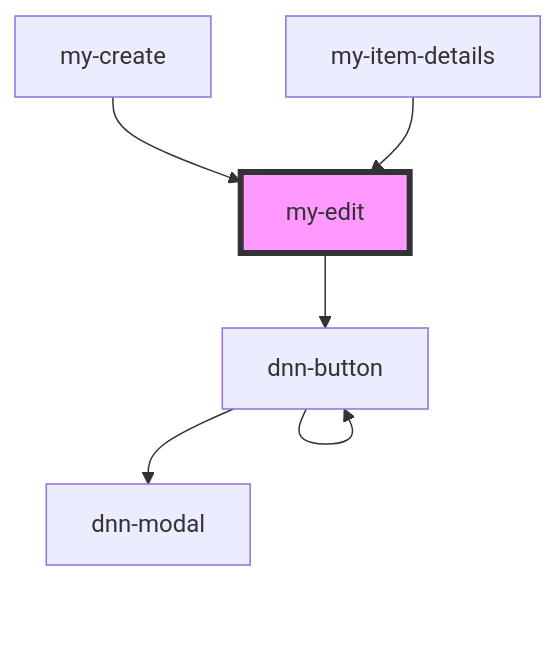
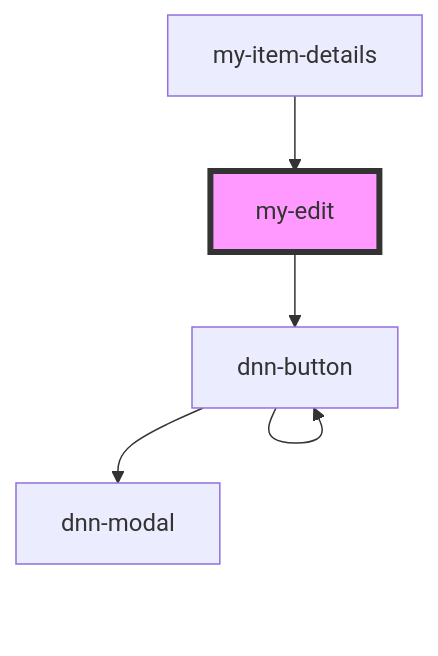
Before and after one commit to david-poindexter/DNN.IonicToDo: the diagram in module.web/src/components/my-edit/readme.md, drawn with Mermaid. The commit also changed other lines of this file and 23 other files, not shown here.

````diff
--- a/module.web/src/components/my-edit/readme.md
+++ b/module.web/src/components/my-edit/readme.md
@@ -57,9 +56,8 @@
 ```mermaid
 graph TD;
   my-edit --> dnn-button
   dnn-button --> dnn-modal
   dnn-button --> dnn-button
-  my-create --> my-edit
   my-item-details --> my-edit
   style my-edit fill:#f9f,stroke:#333,stroke-width:4px
 ```
````
